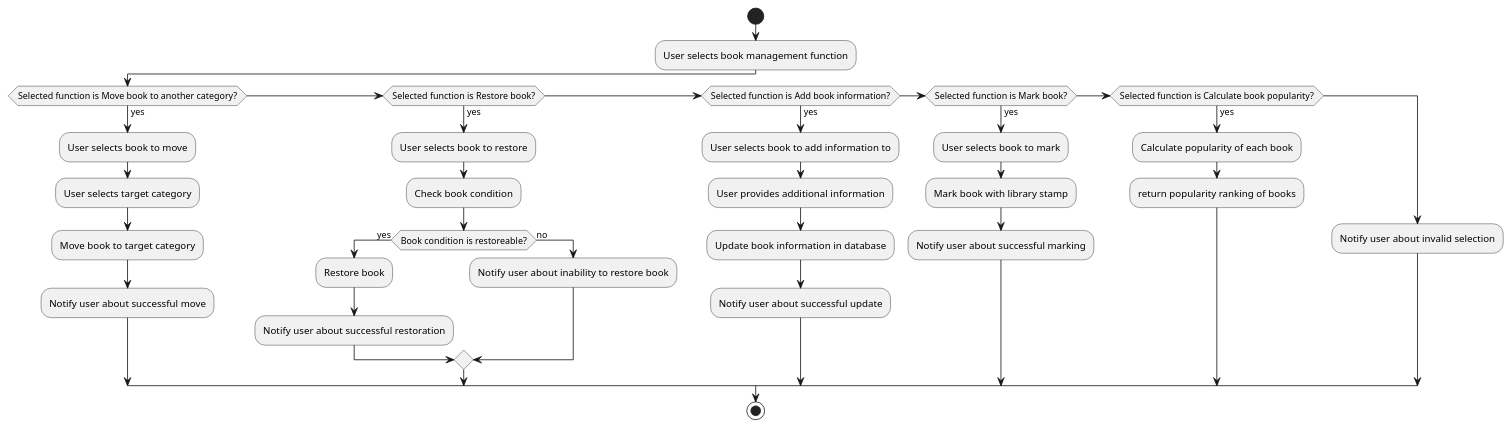
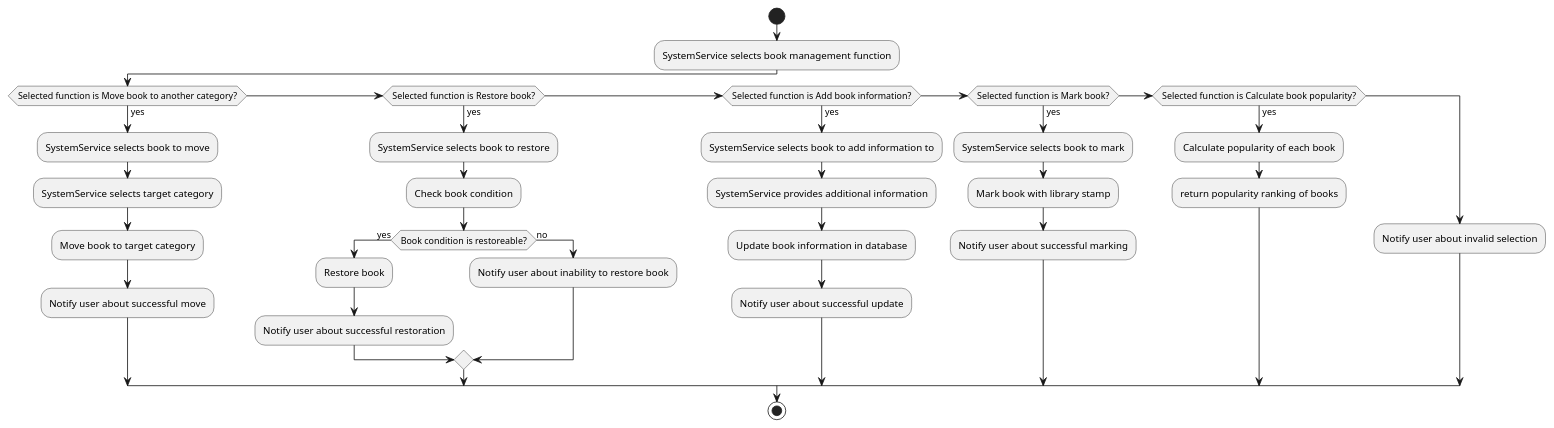
Before and after one commit to 9elmaz9/BibliotheekSysteem: the diagram in src/main/java/AnalysisLibrarySystem/FlowchartUserCases/LibraryService/Library_Functionality_FlowChart.puml, drawn with PlantUML. The commit also changed 11 other files, not shown here.

```diff
--- a/src/main/java/AnalysisLibrarySystem/FlowchartUserCases/LibraryService/Library_Functionality_FlowChart.puml
+++ b/src/main/java/AnalysisLibrarySystem/FlowchartUserCases/LibraryService/Library_Functionality_FlowChart.puml
@@ -1,34 +1,34 @@
 @startuml
 start
-:User selects book management function;
+:SystemService selects book management function;
 if (Selected function is Move book to another category?) then (yes)
-  :User selects book to move;
-  :User selects target category;
+  :SystemService selects book to move;
+  :SystemService selects target category;
   :Move book to target category;
   :Notify user about successful move;
 elseif (Selected function is Restore book?) then (yes)
-  :User selects book to restore;
+  :SystemService selects book to restore;
   :Check book condition;
   if (Book condition is restoreable?) then (yes)
     :Restore book;
     :Notify user about successful restoration;
   else (no)
     :Notify user about inability to restore book;
   endif
 elseif (Selected function is Add book information?) then (yes)
-  :User selects book to add information to;
-  :User provides additional information;
+  :SystemService selects book to add information to;
+  :SystemService provides additional information;
   :Update book information in database;
   :Notify user about successful update;
 elseif (Selected function is Mark book?) then (yes)
-  :User selects book to mark;
+  :SystemService selects book to mark;
   :Mark book with library stamp;
   :Notify user about successful marking;
 elseif (Selected function is Calculate book popularity?) then (yes)
   :Calculate popularity of each book;
   :return popularity ranking of books;
 else
   :Notify user about invalid selection;
 endif
 stop
 @enduml
```
